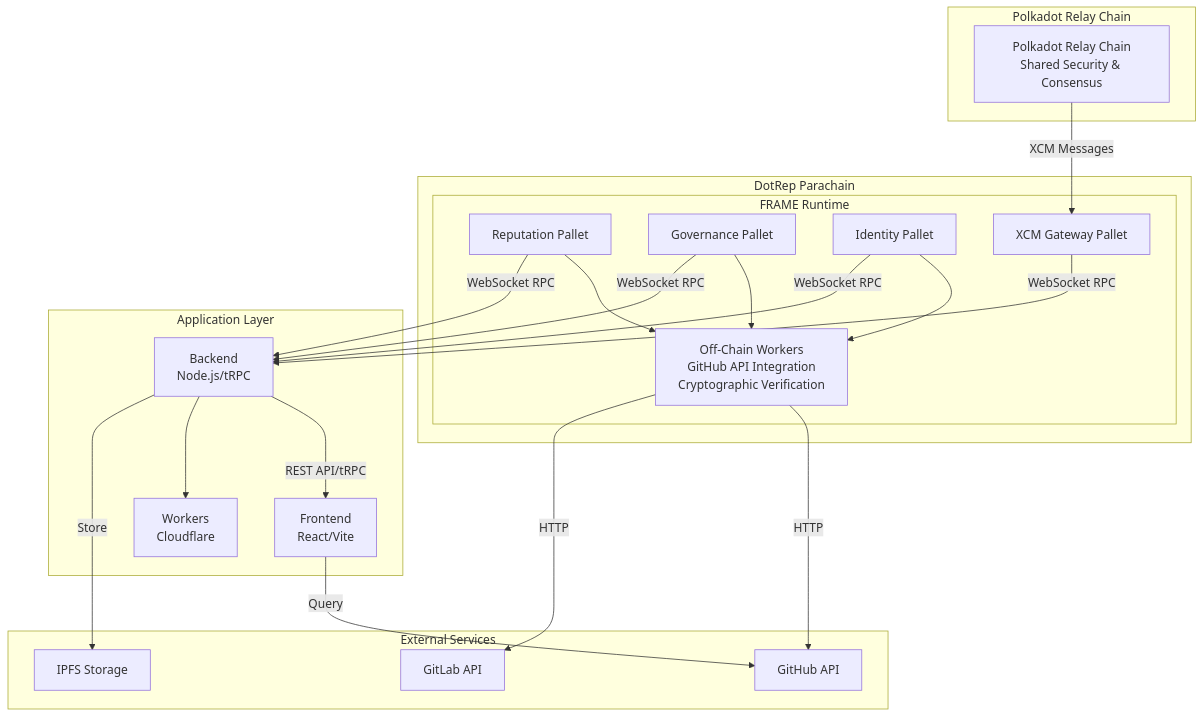
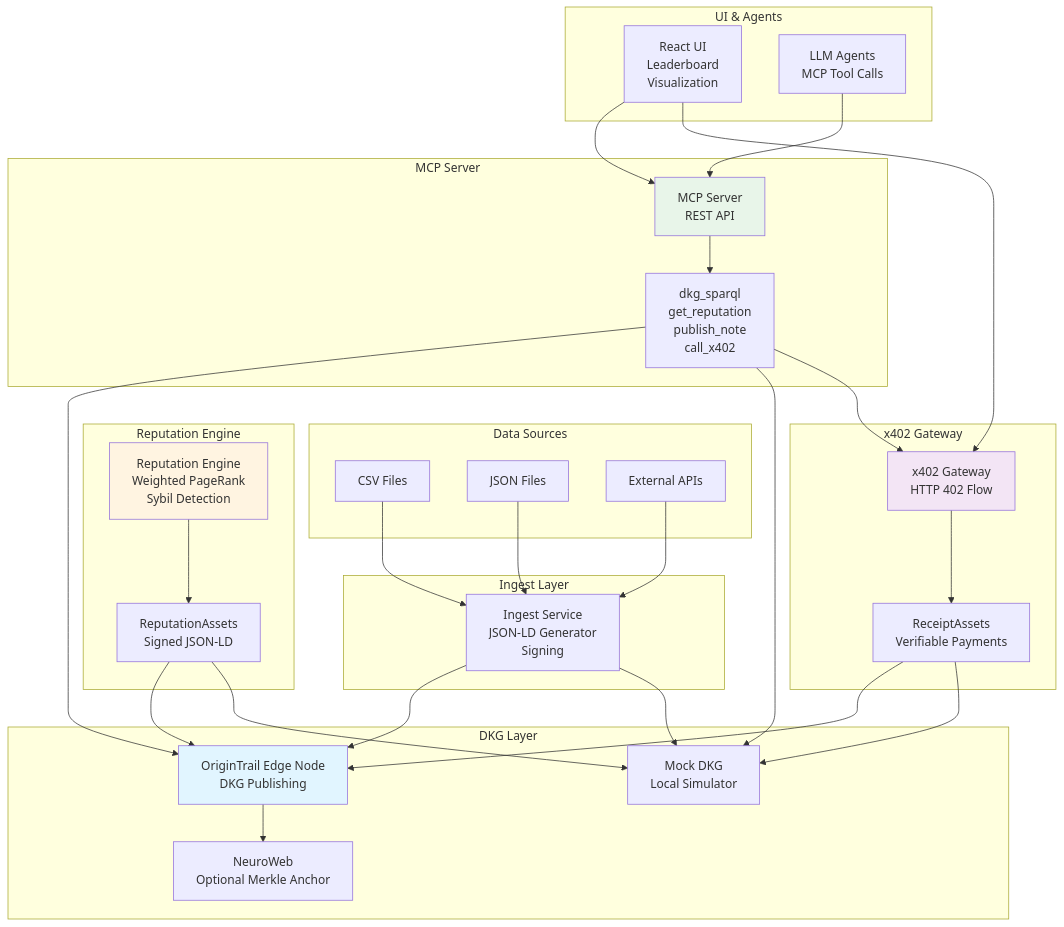
Before and after one commit to lucylow/dotrep: the first of 5 diagrams in README.md, drawn with Mermaid. The commit also changed other lines of this file and 14 other files, not shown here.

````diff
--- a/README.md
+++ b/README.md
@@ -561,45 +95,68 @@
 ```mermaid
 graph TB
-    subgraph "Polkadot Relay Chain"
-        Relay[Polkadot Relay Chain<br/>Shared Security & Consensus]
+    subgraph "Data Sources"
+        CSV[CSV Files]
+        JSON[JSON Files]
+        API[External APIs]
     end
     
-    subgraph "DotRep Parachain"
-        subgraph "FRAME Runtime"
-            RepPallet[Reputation Pallet]
-            GovPallet[Governance Pallet]
-            IdPallet[Identity Pallet]
-            XCMPallet[XCM Gateway Pallet]
-            OCW[Off-Chain Workers<br/>GitHub API Integration<br/>Cryptographic Verification]
-        end
+    subgraph "Ingest Layer"
+        Ingest[Ingest Service<br/>JSON-LD Generator<br/>Signing]
     end
     
-    subgraph "Application Layer"
-        Frontend[Frontend<br/>React/Vite]
-        Backend[Backend<br/>Node.js/tRPC]
-        Workers[Workers<br/>Cloudflare]
+    subgraph "DKG Layer"
+        EdgeNode[OriginTrail Edge Node<br/>DKG Publishing]
+        MockDKG[Mock DKG<br/>Local Simulator]
+        NeuroWeb[NeuroWeb<br/>Optional Merkle Anchor]
     end
     
-    subgraph "External Services"
-        GitHub[GitHub API]
-        GitLab[GitLab API]
-        IPFS[IPFS Storage]
+    subgraph "Reputation Engine"
+        RepEngine[Reputation Engine<br/>Weighted PageRank<br/>Sybil Detection]
+        RepAssets[ReputationAssets<br/>Signed JSON-LD]
     end
     
-    Relay -->|XCM Messages| XCMPallet
-    RepPallet --> OCW
-    GovPallet --> OCW
-    IdPallet --> OCW
-    OCW -->|HTTP| GitHub
-    OCW -->|HTTP| GitLab
+    subgraph "MCP Server"
+        MCPServer[MCP Server<br/>REST API]
+        Tools[dkg_sparql<br/>get_reputation<br/>publish_note<br/>call_x402]
+    end
     
-    XCMPallet -->|WebSocket RPC| Backend
-    RepPallet -->|WebSocket RPC| Backend
-    GovPallet -->|WebSocket RPC| Backend
-    IdPallet -->|WebSocket RPC| Backend
+    subgraph "x402 Gateway"
+        X402[x402 Gateway<br/>HTTP 402 Flow]
+        Receipts[ReceiptAssets<br/>Verifiable Payments]
+    end
     
-    Backend -->|REST API/tRPC| Frontend
-    Backend --> Workers
-    Backend -->|Store| IPFS
-    Frontend -->|Query| GitHub
+    subgraph "UI & Agents"
+        UI[React UI<br/>Leaderboard<br/>Visualization]
+        Agents[LLM Agents<br/>MCP Tool Calls]
+    end
+    
+    CSV --> Ingest
+    JSON --> Ingest
+    API --> Ingest
+    
+    Ingest --> EdgeNode
+    Ingest --> MockDKG
+    EdgeNode --> NeuroWeb
+    
+    RepEngine --> RepAssets
+    RepAssets --> EdgeNode
+    RepAssets --> MockDKG
+    
+    MCPServer --> Tools
+    Tools --> EdgeNode
+    Tools --> MockDKG
+    Tools --> X402
+    
+    X402 --> Receipts
+    Receipts --> EdgeNode
+    Receipts --> MockDKG
+    
+    UI --> MCPServer
+    UI --> X402
+    Agents --> MCPServer
+    
+    style EdgeNode fill:#e1f5ff
+    style RepEngine fill:#fff4e1
+    style MCPServer fill:#e8f5e9
+    style X402 fill:#f3e5f5
 ```
````
